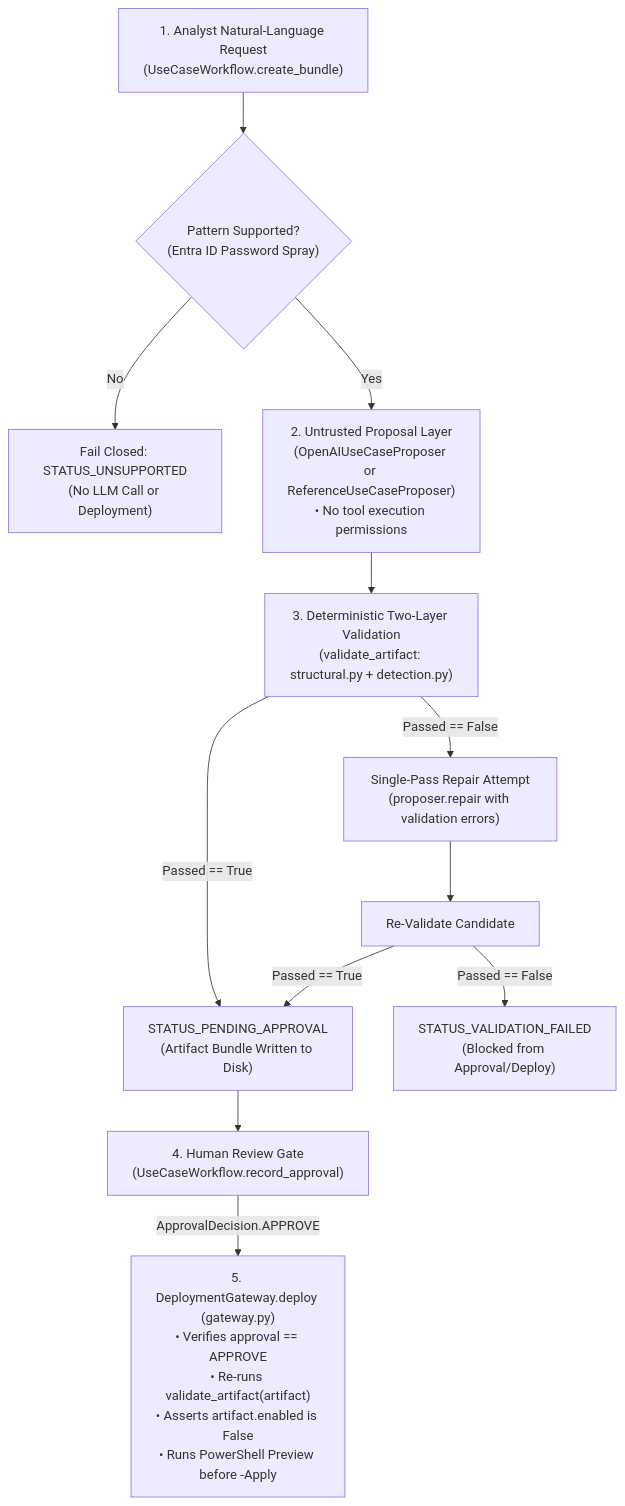
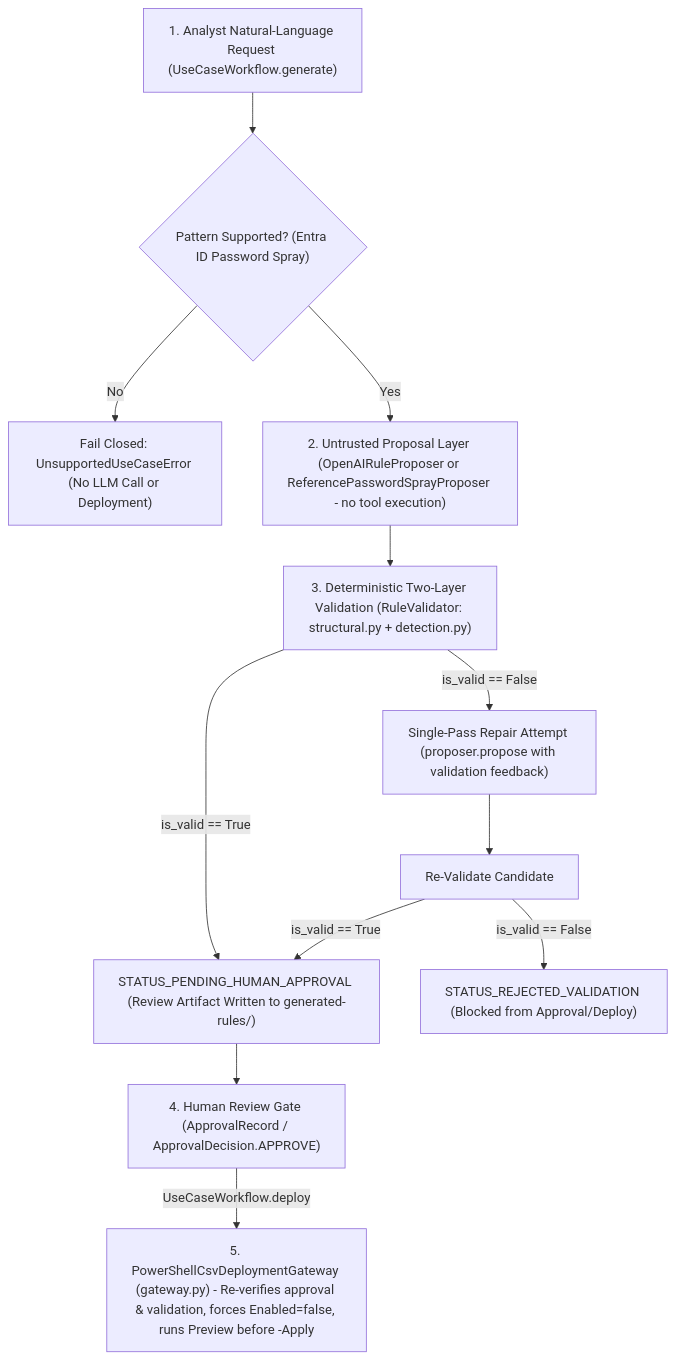
The second of 2 diagrams in ai-agents.md (86sunbot/portfolio), drawn with Mermaid before and after one commit. The commit also changed other lines of this file and 6 other files, not shown here.

Commit message:
docs: align flagship KQL/workflow snippets with fde-lab v1 code, fix links/anchors and Mermaid labels, clarify original sample lesson

````diff
--- a/ai-agents.md
+++ b/ai-agents.md
@@ -33,14 +33,14 @@
 ```mermaid
 flowchart TD
-    Req["1. Analyst Natural-Language Request<br/>(UseCaseWorkflow.create_bundle)"] --> Route{"Pattern Supported?<br/>(Entra ID Password Spray)"}
-    Route -->|"No"| Unsupported["Fail Closed: STATUS_UNSUPPORTED<br/>(No LLM Call or Deployment)"]
-    Route -->|"Yes"| Propose["2. Untrusted Proposal Layer<br/>(OpenAIUseCaseProposer or ReferenceUseCaseProposer)<br/>• No tool execution permissions"]
-    Propose --> Validate1["3. Deterministic Two-Layer Validation<br/>(validate_artifact: structural.py + detection.py)"]
-    Validate1 -->|"Passed == False"| Repair["Single-Pass Repair Attempt<br/>(proposer.repair with validation errors)"]
+    Req["1. Analyst Natural-Language Request (UseCaseWorkflow.generate)"] --> Route{"Pattern Supported? (Entra ID Password Spray)"}
+    Route -->|"No"| Unsupported["Fail Closed: UnsupportedUseCaseError (No LLM Call or Deployment)"]
+    Route -->|"Yes"| Propose["2. Untrusted Proposal Layer (OpenAIRuleProposer or ReferencePasswordSprayProposer - no tool execution)"]
+    Propose --> Validate1["3. Deterministic Two-Layer Validation (RuleValidator: structural.py + detection.py)"]
+    Validate1 -->|"is_valid == False"| Repair["Single-Pass Repair Attempt (proposer.propose with validation feedback)"]
     Repair --> Validate2["Re-Validate Candidate"]
-    Validate1 -->|"Passed == True"| Pending["STATUS_PENDING_APPROVAL<br/>(Artifact Bundle Written to Disk)"]
-    Validate2 -->|"Passed == True"| Pending
-    Validate2 -->|"Passed == False"| Failed["STATUS_VALIDATION_FAILED<br/>(Blocked from Approval/Deploy)"]
-    Pending --> Human["4. Human Review Gate<br/>(UseCaseWorkflow.record_approval)"]
-    Human -->|"ApprovalDecision.APPROVE"| Gateway["5. DeploymentGateway.deploy (gateway.py)<br/>• Verifies approval == APPROVE<br/>• Re-runs validate_artifact(artifact)<br/>• Asserts artifact.enabled is False<br/>• Runs PowerShell Preview before -Apply"]
+    Validate1 -->|"is_valid == True"| Pending["STATUS_PENDING_HUMAN_APPROVAL (Review Artifact Written to generated-rules/)"]
+    Validate2 -->|"is_valid == True"| Pending
+    Validate2 -->|"is_valid == False"| Failed["STATUS_REJECTED_VALIDATION (Blocked from Approval/Deploy)"]
+    Pending --> Human["4. Human Review Gate (ApprovalRecord / ApprovalDecision.APPROVE)"]
+    Human -->|"UseCaseWorkflow.deploy"| Gateway["5. PowerShellCsvDeploymentGateway (gateway.py) - Re-verifies approval & validation, forces Enabled=false, runs Preview before -Apply"]
 ```
````
